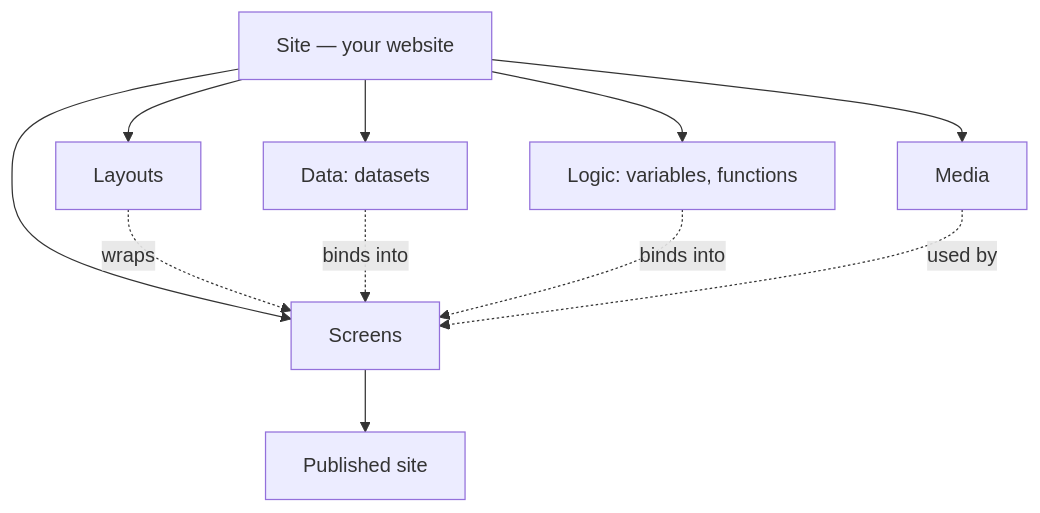
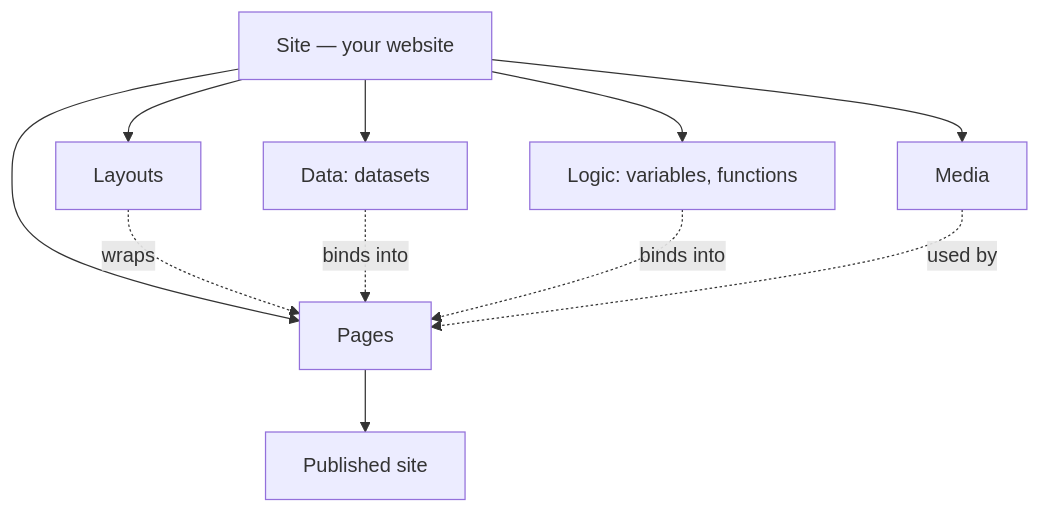
One commit to aglyn/aglyn changed the diagram in apps/docs/docs/intro.md. Above: the diagram before and after it, drawn with Mermaid. The commit also changed other lines of this file and 319 other files, not shown here.

First line of the commit message:
feat(copy): screens are called pages everywhere a person reads the word (AGL-3430)

````diff
--- a/apps/docs/docs/intro.md
+++ b/apps/docs/docs/intro.md
@@ -75,13 +75,13 @@
 ```mermaid
 flowchart TD
-  H[Site — your website] --> S[Screens]
+  H[Site — your website] --> S[Pages]
   H --> L[Layouts]
   H --> D[Data: datasets]
   H --> G[Logic: variables, functions]
   H --> M[Media]
   L -. wraps .-> S
   D -. binds into .-> S
   G -. binds into .-> S
   M -. used by .-> S
   S --> P[Published site]
 ```
````
